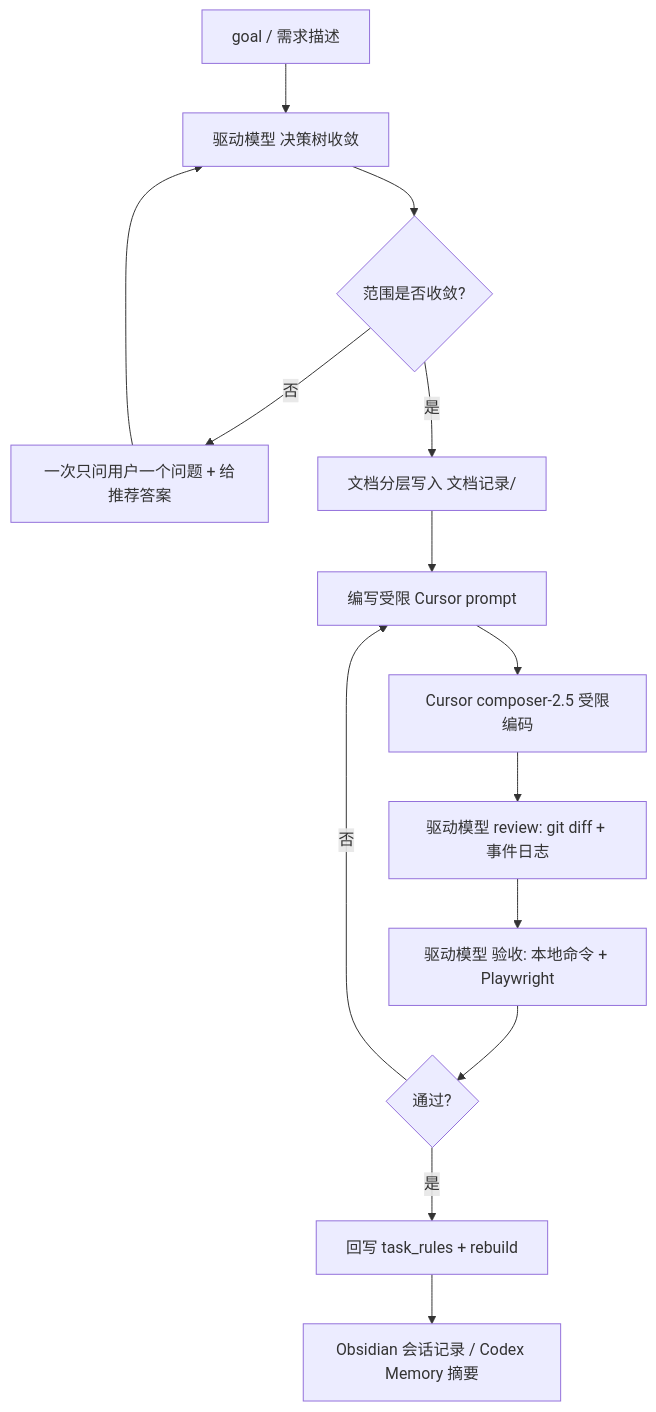
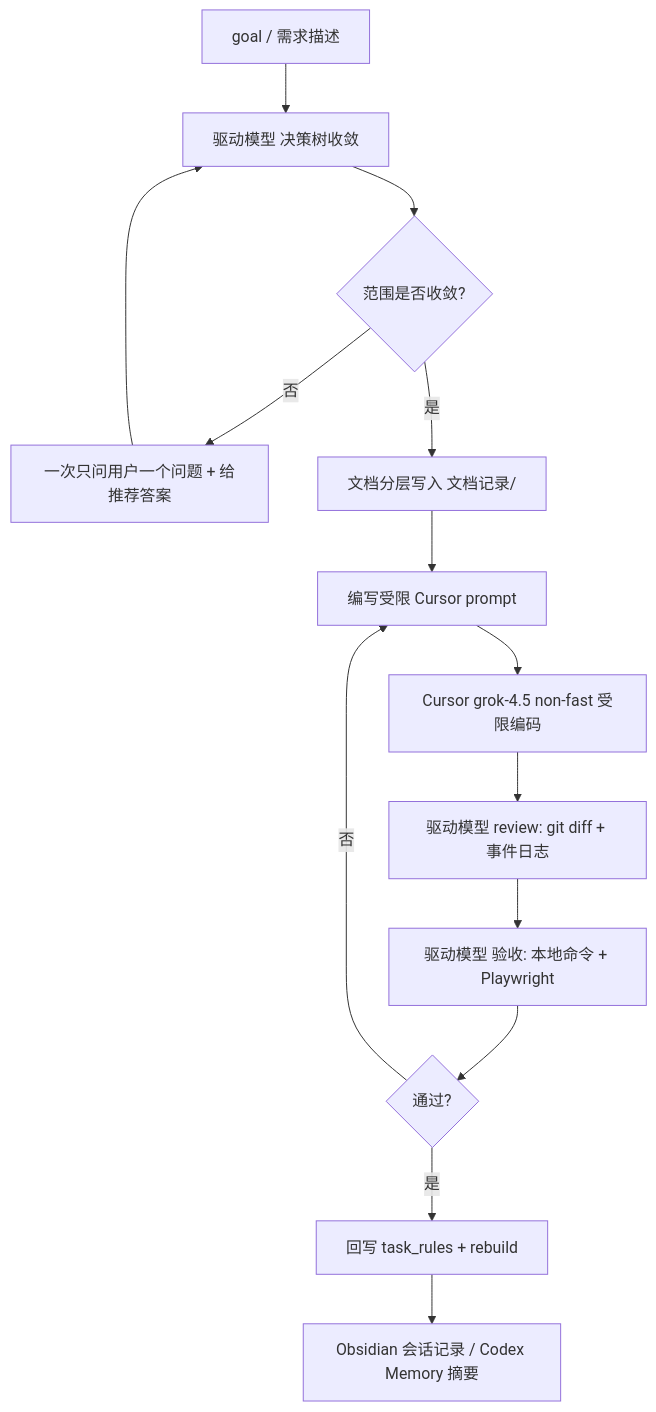
One commit to JeanbartBiubiu/damage_viewer_project_planning changed the diagram in 项目设计说明书/06-开发模式与协同流程.md. Above: the diagram before and after it, drawn with Mermaid. The commit also changed other lines of this file and 82 other files, not shown here.

````diff
--- a/项目设计说明书/06-开发模式与协同流程.md
+++ b/项目设计说明书/06-开发模式与协同流程.md
@@ -46,16 +46,16 @@
 ```mermaid
 flowchart TD
     A[goal / 需求描述] --> B[驱动模型 决策树收敛]
     B --> C{范围是否收敛?}
     C -->|否| D[一次只问用户一个问题 + 给推荐答案]
     D --> B
     C -->|是| E[文档分层写入 文档记录/]
     E --> F[编写受限 Cursor prompt]
-    F --> G[Cursor composer-2.5 受限编码]
+    F --> G[Cursor grok-4.5 non-fast 受限编码]
     G --> H[驱动模型 review: git diff + 事件日志]
     H --> I[驱动模型 验收: 本地命令 + Playwright]
     I --> J{通过?}
     J -->|否| F
     J -->|是| K[回写 task_rules + rebuild]
     K --> L[Obsidian 会话记录 / Codex Memory 摘要]
 ```
````
